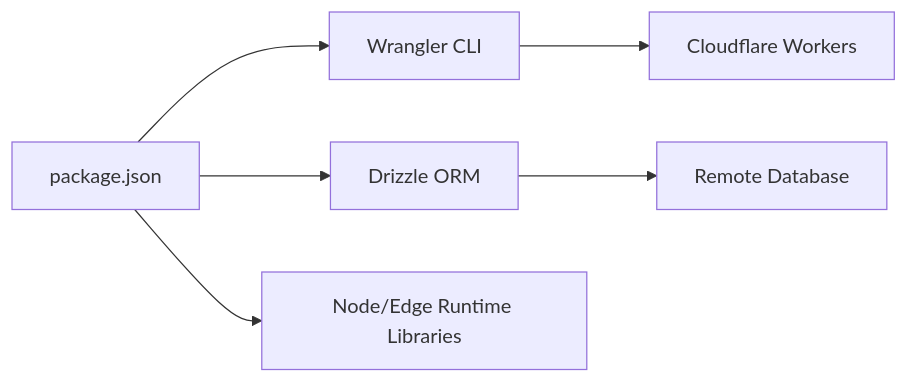
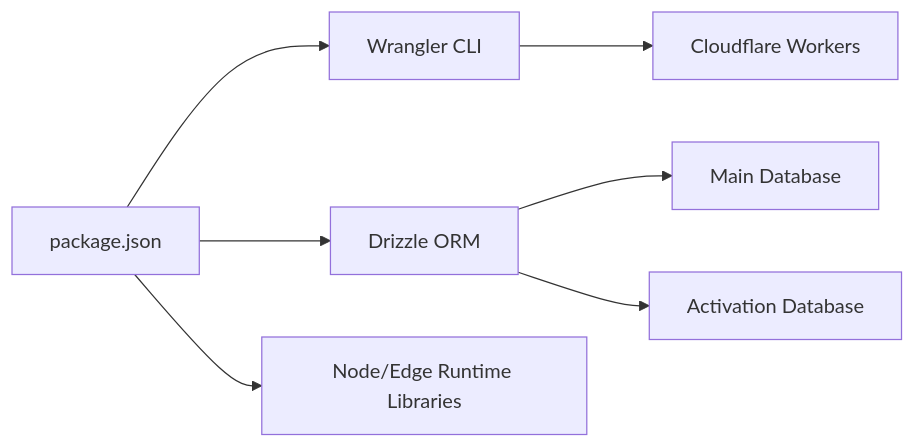
Before and after one commit to Mesililm-LLC/api.trackdub: the third of 3 diagrams in .qoder/repowiki/en/content/Deployment Guide/Deployment Guide.md, drawn with Mermaid. The commit also changed other lines of this file and 37 other files, not shown here.

````diff
--- a/.qoder/repowiki/en/content/Deployment Guide/Deployment Guide.md
+++ b/.qoder/repowiki/en/content/Deployment Guide/Deployment Guide.md
@@ -247,8 +343,9 @@
 ```mermaid
 graph LR
 P["package.json"] --> W["Wrangler CLI"]
 P --> DZ["Drizzle ORM"]
 P --> RUNTIME["Node/Edge Runtime Libraries"]
 W --> CF["Cloudflare Workers"]
-DZ --> DB["Remote Database"]
+DZ --> MAIN_DB["Main Database"]
+DZ --> ACT_DB["Activation Database"]
 ```
````
